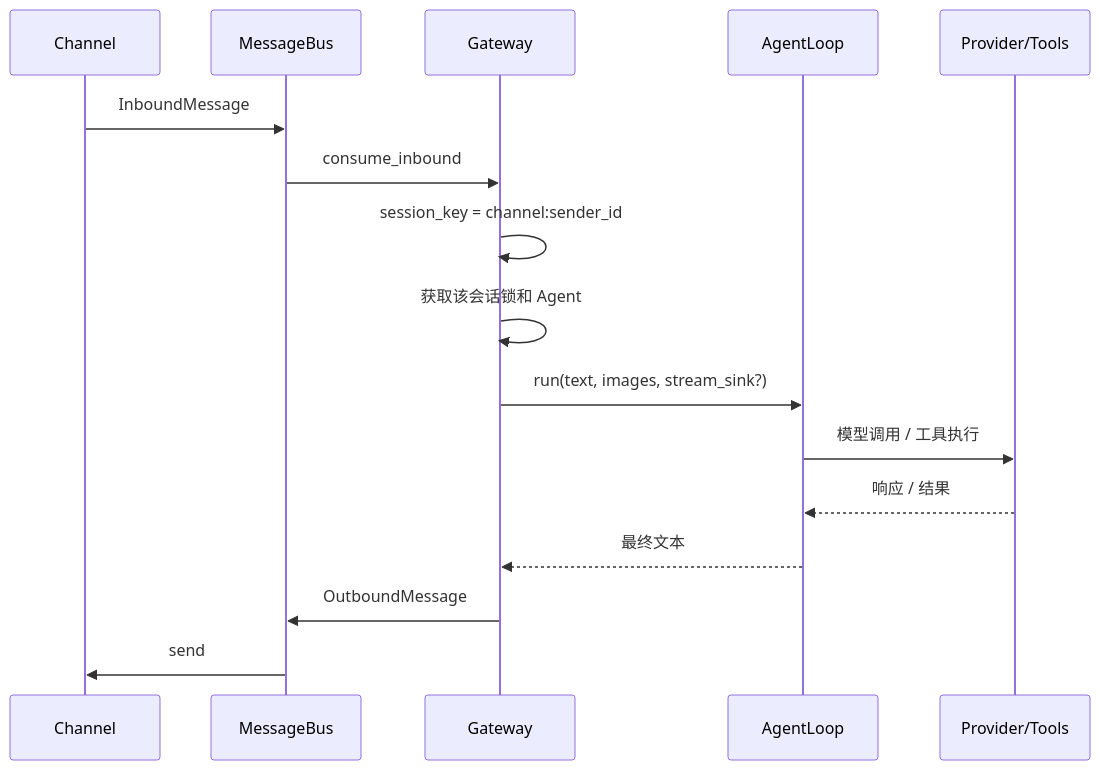
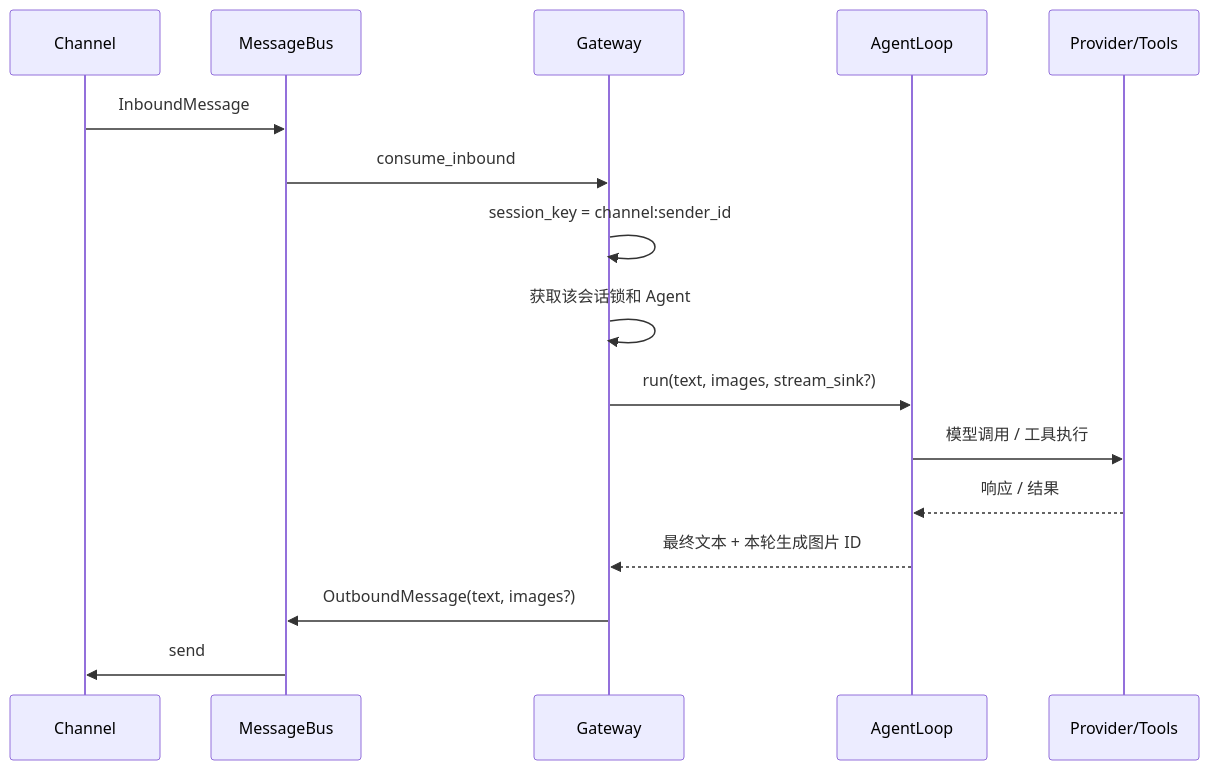
One commit to JefferyTG/nanoclaw changed the second of 2 diagrams in docs/ARCHITECTURE.md. Above: the diagram before and after it, drawn with Mermaid. The commit also changed other lines of this file and 14 other files, not shown here.

Commit message:
feat: 完善飞书图片链路并修复工具历史恢复

````diff
--- a/docs/ARCHITECTURE.md
+++ b/docs/ARCHITECTURE.md
@@ -129,19 +131,19 @@
 ```mermaid
 sequenceDiagram
     participant C as Channel
     participant B as MessageBus
     participant G as Gateway
     participant A as AgentLoop
     participant P as Provider/Tools
 
     C->>B: InboundMessage
     B->>G: consume_inbound
     G->>G: session_key = channel:sender_id
     G->>G: 获取该会话锁和 Agent
     G->>A: run(text, images, stream_sink?)
     A->>P: 模型调用 / 工具执行
     P-->>A: 响应 / 结果
-    A-->>G: 最终文本
-    G->>B: OutboundMessage
+    A-->>G: 最终文本 + 本轮生成图片 ID
+    G->>B: OutboundMessage(text, images?)
     B->>C: send
 ```
````
